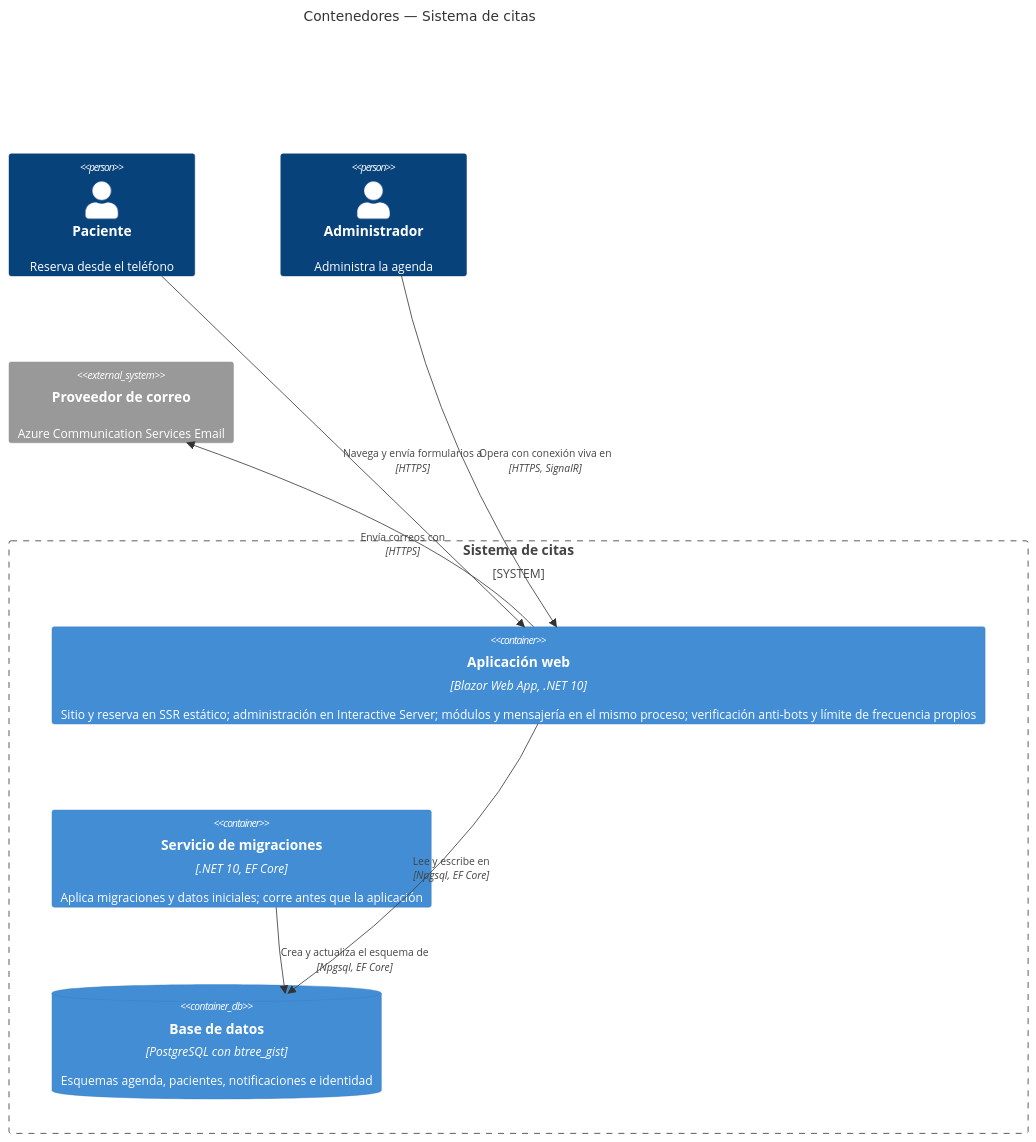
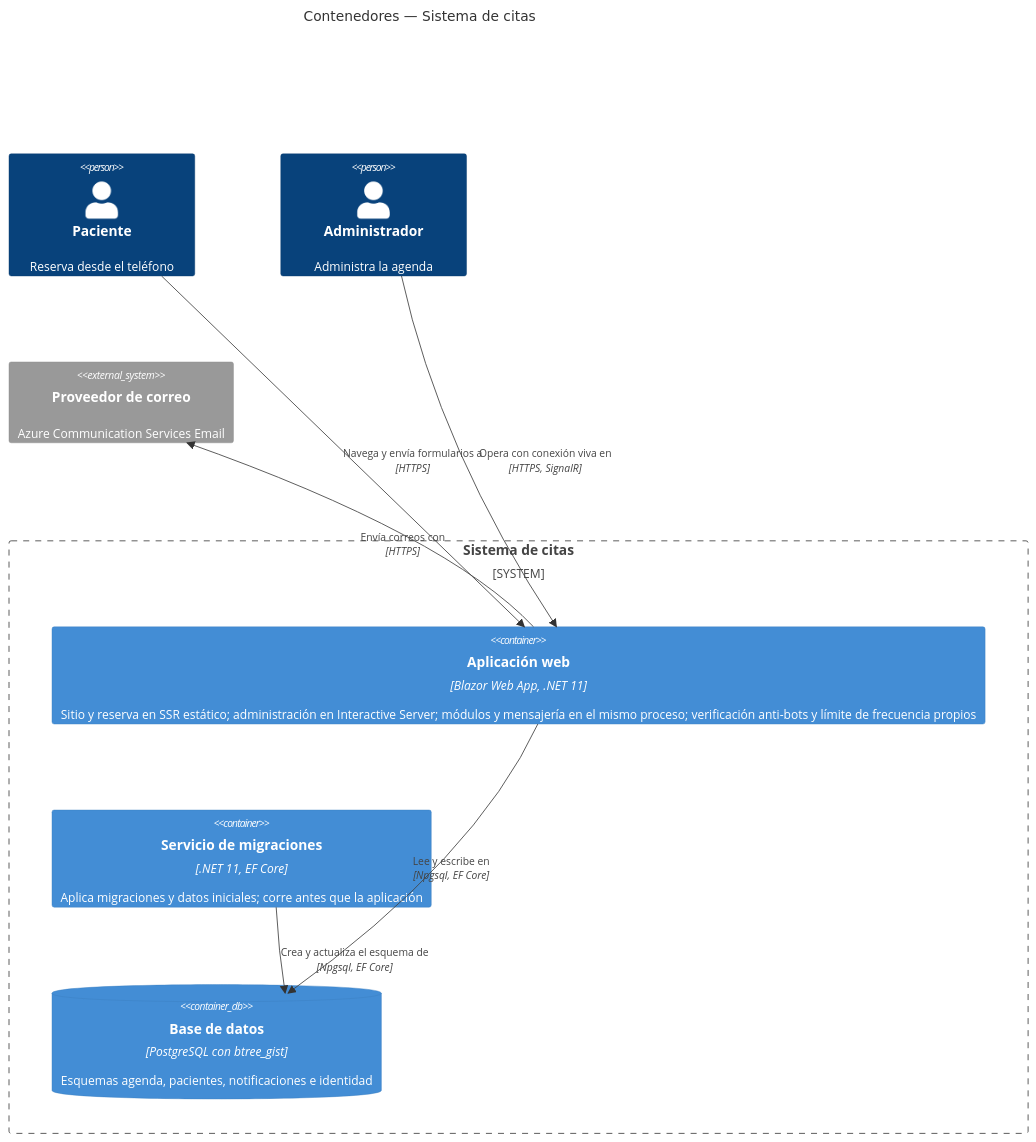
Before and after one commit to yerald231ger/draselina-consultorio: the second of 5 diagrams in _bmad-output/initiative-draselina/architecture-appointment-booking/c4-appointment-booking.md, drawn with Mermaid. The commit also changed 16 other files, not shown here.

````diff
--- a/_bmad-output/initiative-draselina/architecture-appointment-booking/c4-appointment-booking.md
+++ b/_bmad-output/initiative-draselina/architecture-appointment-booking/c4-appointment-booking.md
@@ -45,23 +45,23 @@
 ```mermaid
 C4Container
   title Contenedores — Sistema de citas
 
   Person(paciente, "Paciente", "Reserva desde el teléfono")
   Person(admin, "Administrador", "Administra la agenda")
 
   System_Boundary(citas, "Sistema de citas") {
-    Container(web, "Aplicación web", "Blazor Web App, .NET 10", "Sitio y reserva en SSR estático; administración en Interactive Server; módulos y mensajería en el mismo proceso; verificación anti-bots y límite de frecuencia propios")
-    Container(mig, "Servicio de migraciones", ".NET 10, EF Core", "Aplica migraciones y datos iniciales; corre antes que la aplicación")
+    Container(web, "Aplicación web", "Blazor Web App, .NET 11", "Sitio y reserva en SSR estático; administración en Interactive Server; módulos y mensajería en el mismo proceso; verificación anti-bots y límite de frecuencia propios")
+    Container(mig, "Servicio de migraciones", ".NET 11, EF Core", "Aplica migraciones y datos iniciales; corre antes que la aplicación")
     ContainerDb(db, "Base de datos", "PostgreSQL con btree_gist", "Esquemas agenda, pacientes, notificaciones e identidad")
   }
 
   System_Ext(correo, "Proveedor de correo", "Azure Communication Services Email")
 
   Rel(paciente, web, "Navega y envía formularios a", "HTTPS")
   Rel(admin, web, "Opera con conexión viva en", "HTTPS, SignalR")
   Rel(web, db, "Lee y escribe en", "Npgsql, EF Core")
   Rel(mig, db, "Crea y actualiza el esquema de", "Npgsql, EF Core")
   Rel(web, correo, "Envía correos con", "HTTPS")
 
   UpdateLayoutConfig($c4ShapeInRow="3", $c4BoundaryInRow="1")
 ```
````
